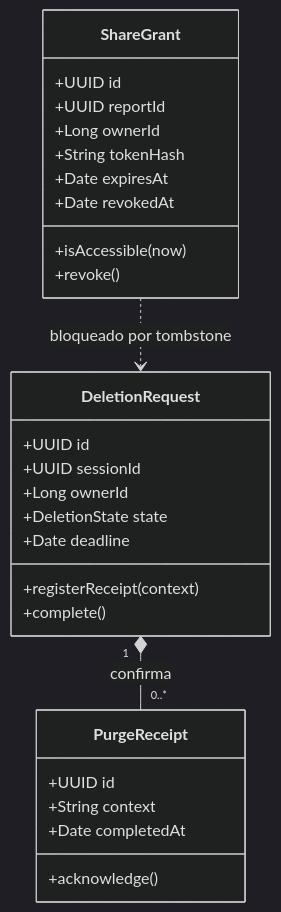
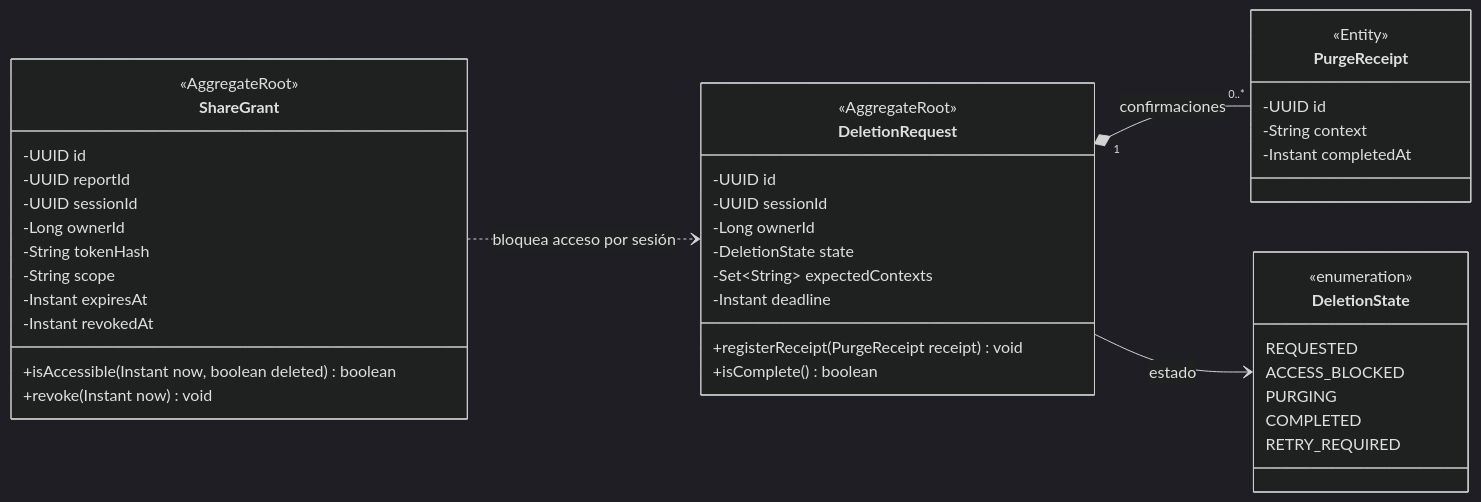
The diagram in assets/diagrams/tactical/06-sharing-retention-classes.mmd (upc-pre-202620-si728-16365-thropic/talki-project-report), drawn with Mermaid (dark theme) before and after one commit. The commit also changed 6 other files, not shown here.

```diff
--- a/assets/diagrams/tactical/06-sharing-retention-classes.mmd
+++ b/assets/diagrams/tactical/06-sharing-retention-classes.mmd
@@ -1,28 +1,43 @@
 classDiagram
+ direction LR
 class ShareGrant {
-  +UUID id
-  +UUID reportId
-  +Long ownerId
-  +String tokenHash
-  +Date expiresAt
-  +Date revokedAt
-  +isAccessible(now)
-  +revoke()
+  <<AggregateRoot>>
+  -UUID id
+  -UUID reportId
+  -UUID sessionId
+  -Long ownerId
+  -String tokenHash
+  -String scope
+  -Instant expiresAt
+  -Instant revokedAt
+  +isAccessible(Instant now, boolean deleted) boolean
+  +revoke(Instant now) void
 }
 class DeletionRequest {
-  +UUID id
-  +UUID sessionId
-  +Long ownerId
-  +DeletionState state
-  +Date deadline
-  +registerReceipt(context)
-  +complete()
+  <<AggregateRoot>>
+  -UUID id
+  -UUID sessionId
+  -Long ownerId
+  -DeletionState state
+  -Set~String~ expectedContexts
+  -Instant deadline
+  +registerReceipt(PurgeReceipt receipt) void
+  +isComplete() boolean
+}
+class DeletionState {
+  <<enumeration>>
+  REQUESTED
+  ACCESS_BLOCKED
+  PURGING
+  COMPLETED
+  RETRY_REQUIRED
 }
 class PurgeReceipt {
-  +UUID id
-  +String context
-  +Date completedAt
-  +acknowledge()
+  <<Entity>>
+  -UUID id
+  -String context
+  -Instant completedAt
 }
-DeletionRequest "1" *-- "0..*" PurgeReceipt : confirma
-ShareGrant ..> DeletionRequest : bloqueado por tombstone
+DeletionRequest "1" *-- "0..*" PurgeReceipt : confirmaciones
+DeletionRequest --> DeletionState : estado
+ShareGrant ..> DeletionRequest : bloquea acceso por sesión
```
